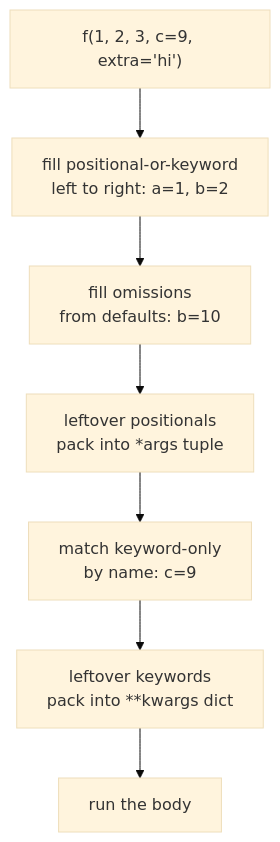
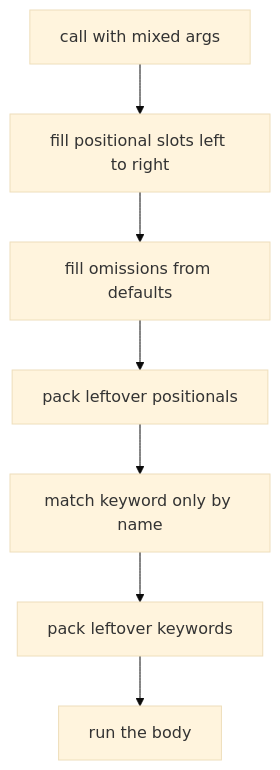
Before and after one commit to AslamNazeerShaikh/Python-Material: the first of 2 diagrams in docs/learning/03-functions-def.md, drawn with Mermaid (base theme). The commit also changed other lines of this file and 16 other files, not shown here.

Commit message:
docs(learning): rebuild all mermaid in safe subset

````diff
--- a/docs/learning/03-functions-def.md
+++ b/docs/learning/03-functions-def.md
@@ -67,16 +67,16 @@
 ```mermaid
 flowchart TD
-    CALL["f(1, 2, 3, c=9, extra='hi')"]
-    POS["fill positional-or-keyword<br/>left to right: a=1, b=2"]
-    DEF["fill omissions<br/>from defaults: b=10"]
-    ARGS["leftover positionals<br/>pack into *args tuple"]
-    KWONLY["match keyword-only<br/>by name: c=9"]
-    KWARGS["leftover keywords<br/>pack into **kwargs dict"]
-    RUN["run the body"]
+    CALL[call with mixed args]
+    POS[fill positional slots left to right]
+    DEF[fill omissions from defaults]
+    ARGS[pack leftover positionals]
+    KWONLY[match keyword only by name]
+    KWARGS[pack leftover keywords]
+    RUN[run the body]
     CALL --> POS
     POS --> DEF
     DEF --> ARGS
     ARGS --> KWONLY
     KWONLY --> KWARGS
     KWARGS --> RUN
 ```
````
